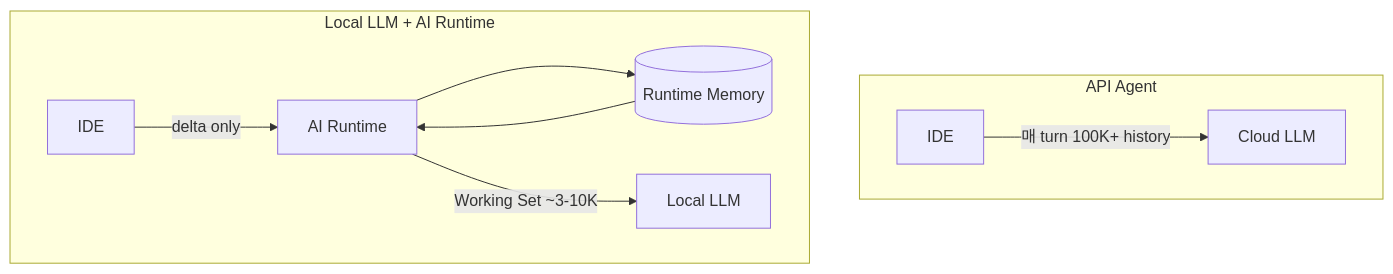
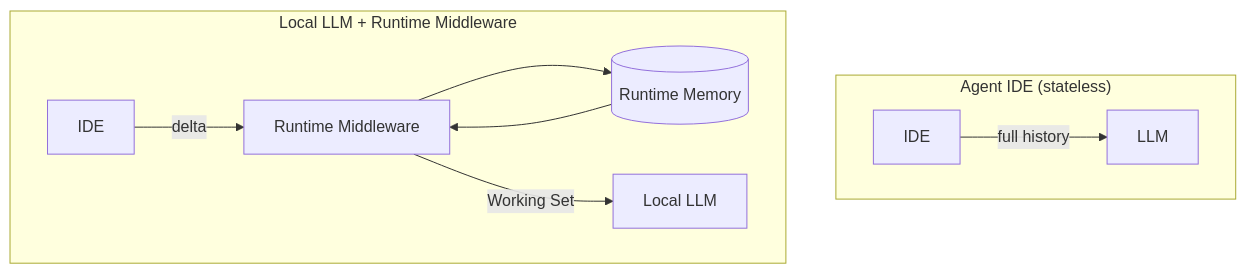
Before and after one commit to yunahe6532/ai-runtime: the second of 6 diagrams in docs/VISION.md, drawn with Mermaid. The commit also changed other lines of this file and 33 other files, not shown here.

````diff
--- a/docs/VISION.md
+++ b/docs/VISION.md
@@ -103,12 +106,12 @@
 ```mermaid
 flowchart TB
-    subgraph api["API Agent"]
-        A1[IDE] -->|매 turn 100K+ history| A2[Cloud LLM]
+    subgraph stale["Agent IDE (stateless)"]
+        A1[IDE] -->|full history| A2[LLM]
     end
-    subgraph local["Local LLM + AI Runtime"]
-        L1[IDE] -->|delta only| RT[AI Runtime]
+    subgraph mw["Local LLM + Runtime Middleware"]
+        L1[IDE] -->|delta| RT[Runtime Middleware]
         RT --> MEM[(Runtime Memory)]
-        RT -->|Working Set ~3-10K| L2[Local LLM]
+        RT -->|Working Set| L2[Local LLM]
         MEM --> RT
     end
 ```
````
